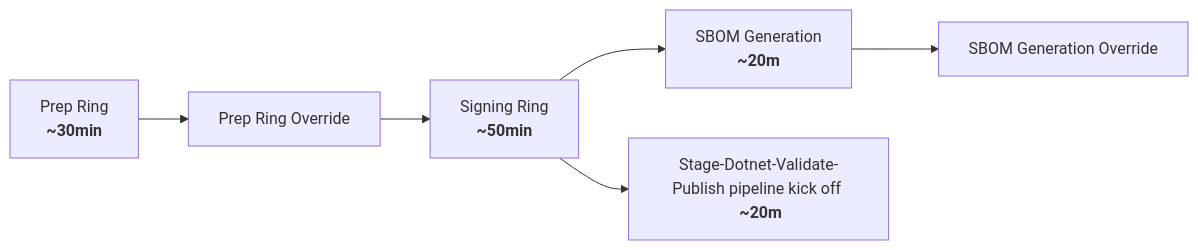
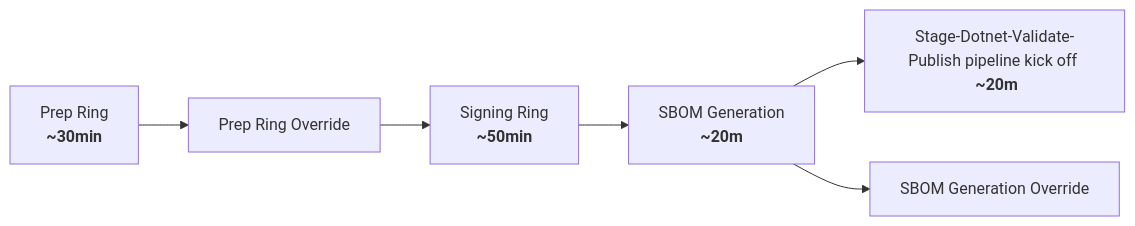
One commit to dotnet/arcade changed the second of 4 diagrams in Documentation/TeamProcess/One-Pagers/retrying-stages-staging-pipeline.md. Above: the diagram before and after it, drawn with Mermaid. The commit also changed other lines of this file, not shown here.

````diff
--- a/Documentation/TeamProcess/One-Pagers/retrying-stages-staging-pipeline.md
+++ b/Documentation/TeamProcess/One-Pagers/retrying-stages-staging-pipeline.md
@@ -77,8 +77,8 @@
 ```mermaid
 flowchart LR;
   prep["Prep Ring \n <b>~30min</b>"] --> prep_override[Prep Ring Override]
   prep_override --> signing["Signing Ring \n <b>~50min</b>"]
   signing--> sbom_generation["SBOM Generation \n <b>~20m</b>"]
-  signing--> kick_2nd_pipeline["Stage-Dotnet-Validate-Publish pipeline kick off \n <b>~20m</b>"]
+  sbom_generation--> kick_2nd_pipeline["Stage-Dotnet-Validate-Publish pipeline kick off \n <b>~20m</b>"]
   sbom_generation --> sbom_generation_override[SBOM Generation Override]
 ```
````
